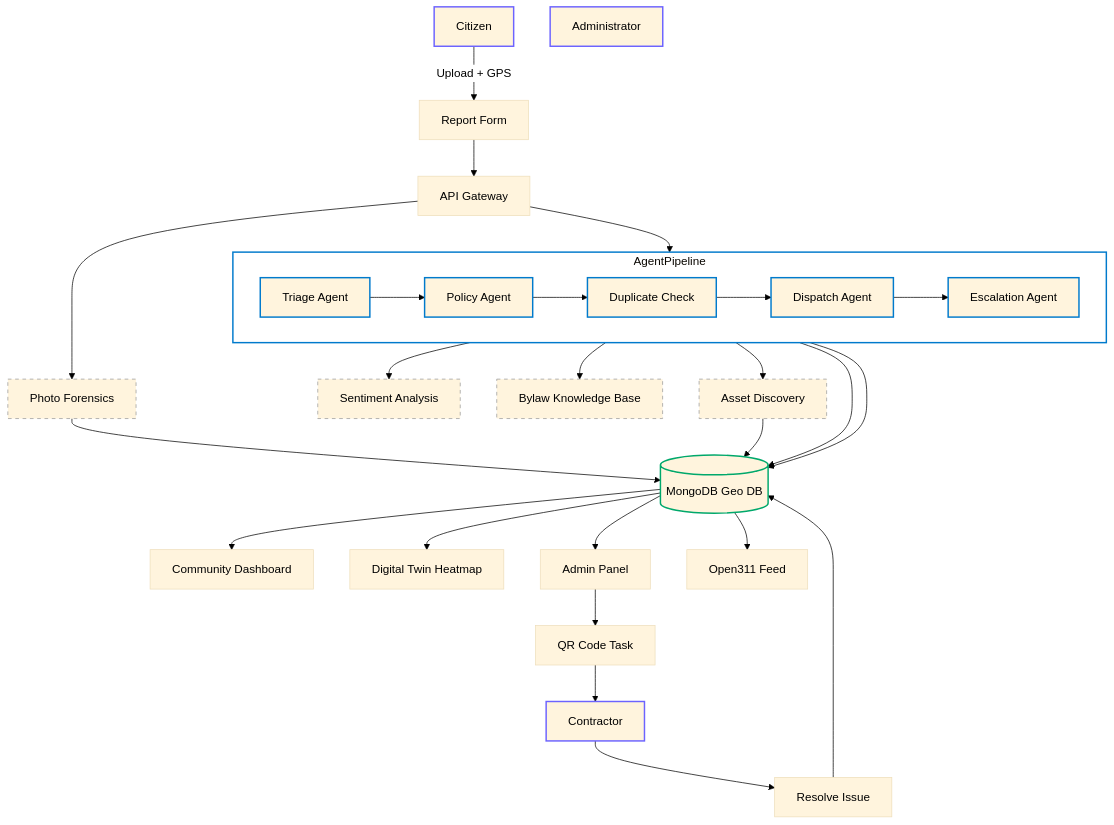
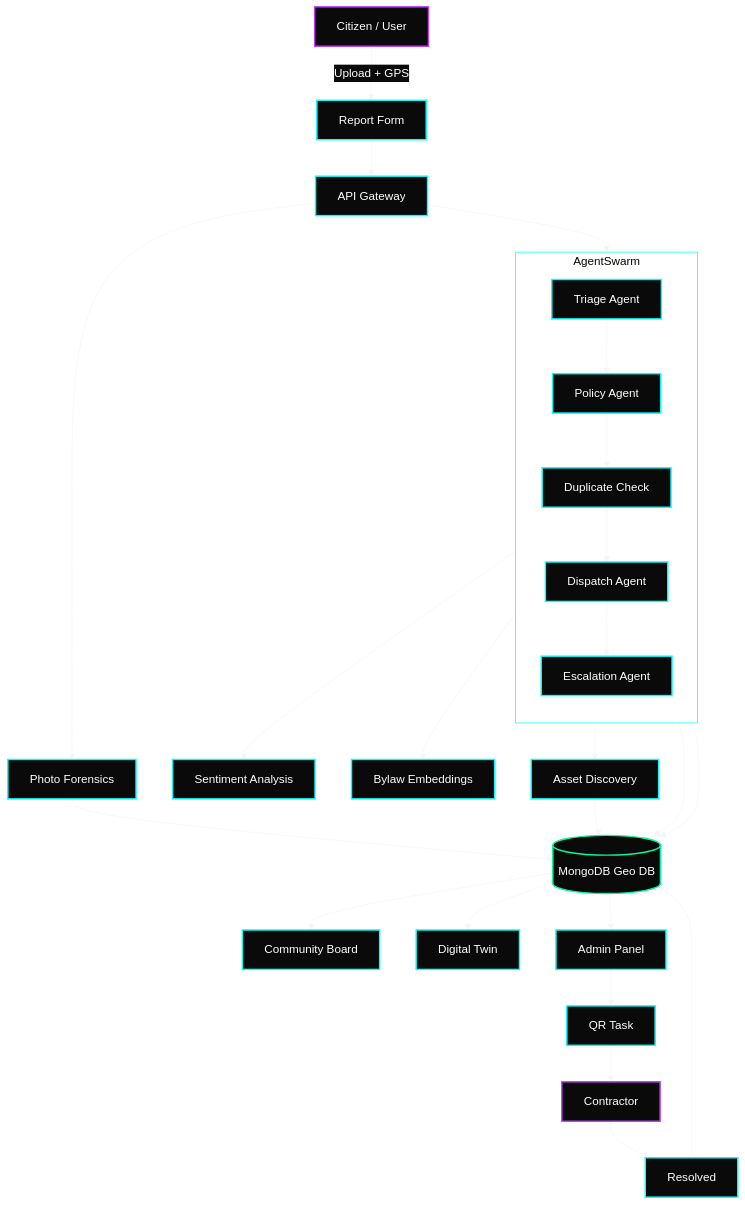
Before and after one commit to Ytrrs-CraftVerse/CityCare: the diagram in README.md, drawn with Mermaid.

Commit message:
Refactor diagram in README.md
Updated Mermaid diagram styles and structure in README.

````diff
--- a/README.md
+++ b/README.md
@@ -90,73 +90,64 @@
 ```mermaid
 %%{init: {'theme': 'base', 'themeVariables': { 
-'background': '#ffffff',
-'primaryTextColor': '#000000',
-'edgeLabelBackground': '#ffffff'
+'background': '#0a0a0a',
+'primaryTextColor': '#ffffff',
+'edgeLabelBackground': '#0a0a0a'
 }}}%%
 
 graph TD
 
-%% USERS
-Citizen[Citizen]
-Contractor[Contractor]
-Admin[Administrator]
-
-%% INPUT
-Citizen -->|Upload + GPS| ReportForm[Report Form]
+%% ================= INPUT =================
+Citizen[Citizen / User] -->|Upload + GPS| ReportForm[Report Form]
 ReportForm --> Backend[API Gateway]
 
-%% AGENT PIPELINE
-subgraph AgentPipeline
-direction LR
+%% ================= CORE PIPELINE =================
+subgraph AgentSwarm
+direction TB
+
 Triage[Triage Agent]
 Policy[Policy Agent]
 Duplicate[Duplicate Check]
 Dispatch[Dispatch Agent]
 Escalation[Escalation Agent]
 
 Triage --> Policy --> Duplicate --> Dispatch --> Escalation
 end
 
 Backend --> Triage
 
-%% SUPPORT
+%% ================= SUPPORT (LOCAL ONLY) =================
 Triage --> Sentiment[Sentiment Analysis]
-Policy --> Knowledge[Bylaw Knowledge Base]
+Policy --> Knowledge[Bylaw Embeddings]
+Dispatch --> Assets[Asset Discovery]
 Backend --> Forensics[Photo Forensics]
-Dispatch --> Assets[Asset Discovery]
 
-%% DATABASE
+%% ================= DB (SINGLE ENTRY FLOW) =================
 DB[(MongoDB Geo DB)]
 
-Triage --> DB
-Duplicate --> DB
+Escalation --> DB
 Forensics --> DB
 Assets --> DB
+Duplicate --> DB
 
-%% OUTPUT
-DB --> Dashboard[Community Dashboard]
-DB --> Heatmap[Digital Twin Heatmap]
+%% ================= OUTPUT =================
+DB --> Dashboard[Community Board]
+DB --> Heatmap[Digital Twin]
 DB --> AdminPanel[Admin Panel]
 
-%% GOVERNANCE
-AdminPanel --> QR[QR Code Task]
-QR --> Contractor
-Contractor --> Resolution[Resolve Issue]
+%% ================= GOVERNANCE =================
+AdminPanel --> QR[QR Task]
+QR --> Contractor[Contractor]
+Contractor --> Resolution[Resolved]
 Resolution --> DB
 
-%% EXTERNAL
-DB --> Open311[Open311 Feed]
+%% ================= STYLE =================
+classDef default fill:#0a0a0a,stroke:#0ff,stroke-width:2px,color:#fff;
+classDef user fill:#0a0a0a,stroke:#bf40ff,stroke-width:2px,color:#fff;
+classDef db fill:#0a0a0a,stroke:#00fa9a,stroke-width:2px,color:#fff;
 
-%% STYLING
-classDef user stroke:#6c63ff,stroke-width:2px;
-classDef db stroke:#00a86b,stroke-width:2px;
-classDef core stroke:#007acc,stroke-width:2px;
-classDef support stroke:#999,stroke-dasharray: 5 5;
+class Citizen,Contractor user;
+class DB db;
 
-class Citizen,Contractor,Admin user;
-class DB db;
-class Triage,Policy,Duplicate,Dispatch,Escalation core;
-class Sentiment,Knowledge,Forensics,Assets support;
-
-style AgentPipeline fill:#ffffff,stroke:#007acc,stroke-width:2px
+%% REMOVE uneven box feel
+style AgentSwarm fill:transparent,stroke:#0ff,stroke-width:1px
 ```
````
